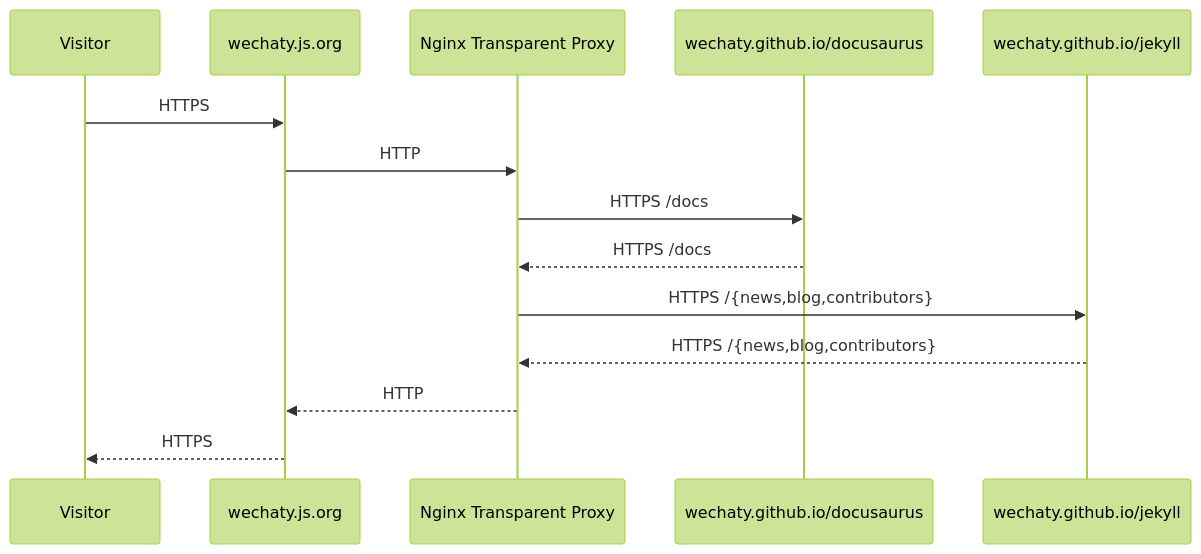
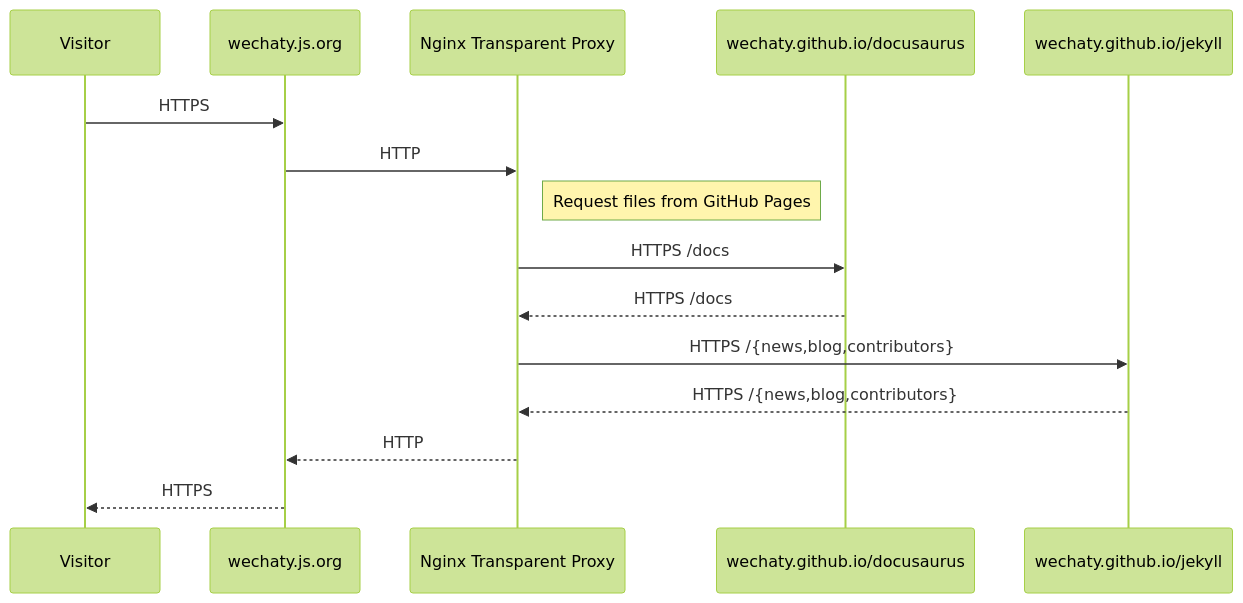
One commit to wechaty/js.org changed the diagram in README.md. Above: the diagram before and after it, drawn with Mermaid (forest theme).

````diff
--- a/README.md
+++ b/README.md
@@ -57,17 +57,18 @@
 ```mermaid
 sequenceDiagram
     participant Visitor
     participant wechaty.js.org
     participant Nginx Transparent Proxy
     participant wechaty.github.io/docusaurus
     participant wechaty.github.io/jekyll
 
     Visitor->>wechaty.js.org: HTTPS
     wechaty.js.org->>Nginx Transparent Proxy: HTTP
+    Note right of Nginx Transparent Proxy: Request files from GitHub Pages
     Nginx Transparent Proxy->>wechaty.github.io/docusaurus: HTTPS /docs
     wechaty.github.io/docusaurus-->>Nginx Transparent Proxy: HTTPS /docs
     Nginx Transparent Proxy->>wechaty.github.io/jekyll: HTTPS /{news,blog,contributors}
     wechaty.github.io/jekyll-->>Nginx Transparent Proxy: HTTPS /{news,blog,contributors}
     Nginx Transparent Proxy-->>wechaty.js.org: HTTP
     wechaty.js.org-->>Visitor: HTTPS
 ```
````
